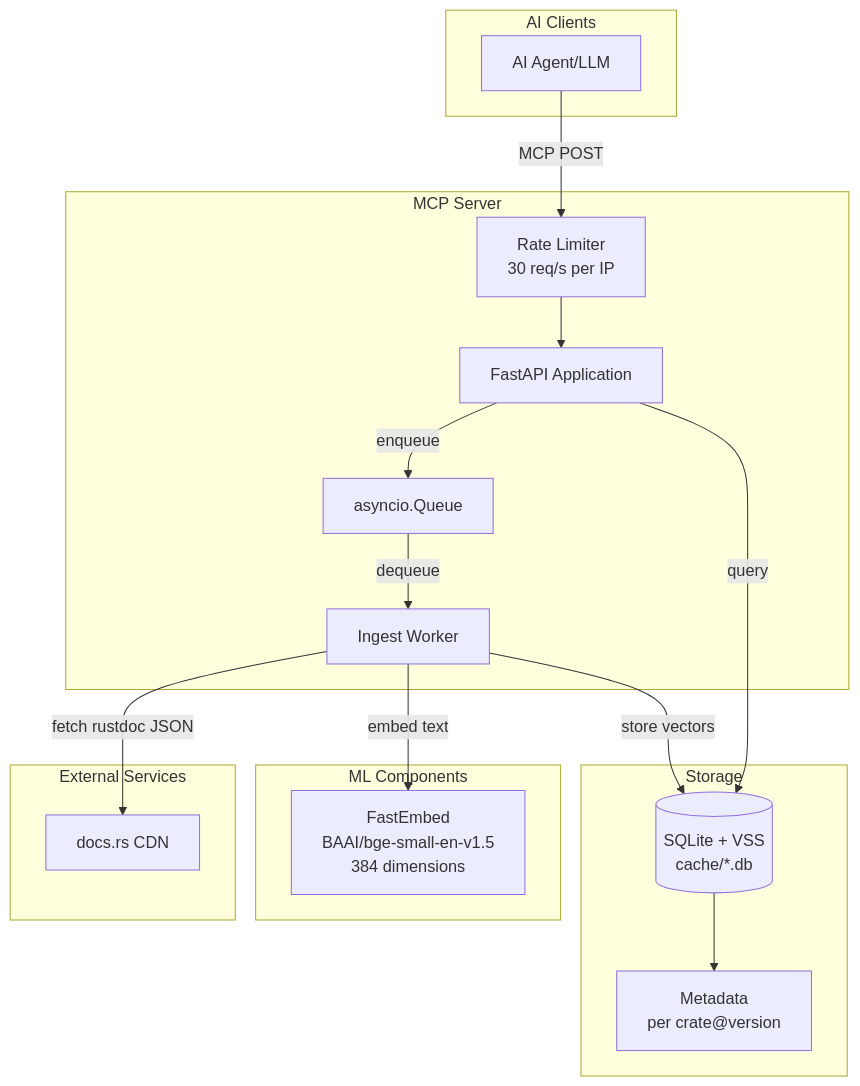
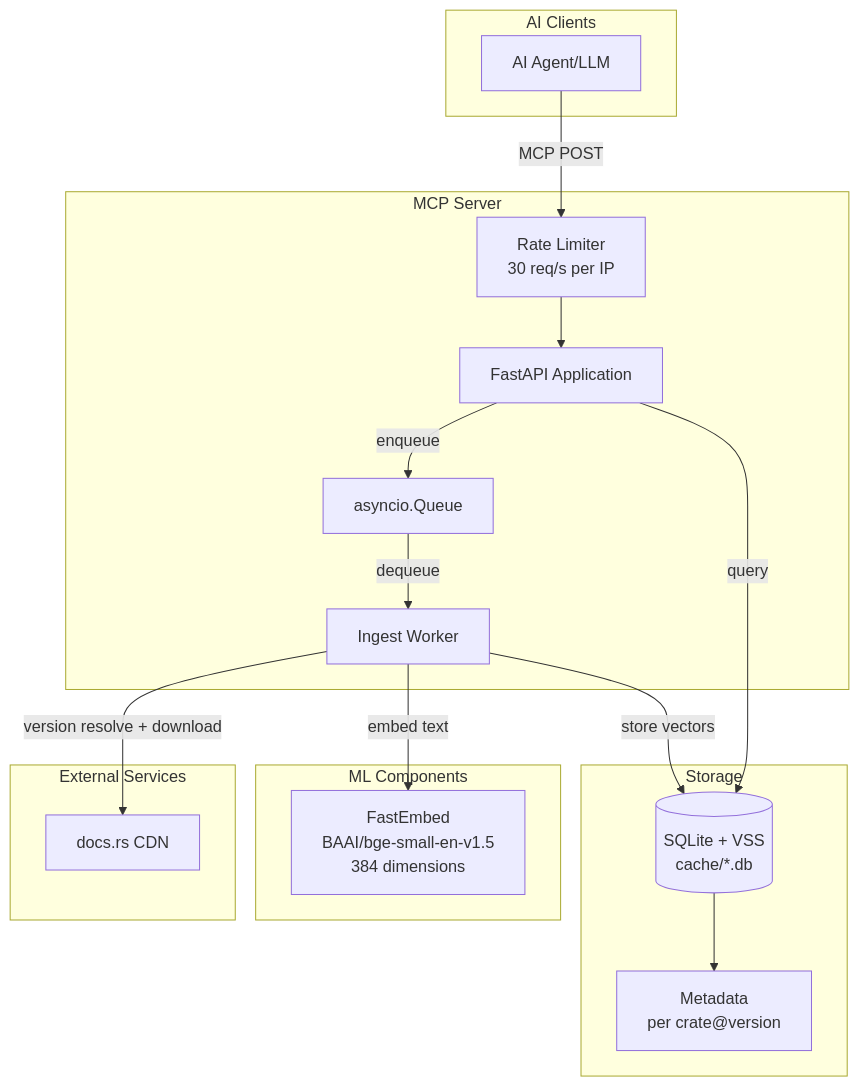
Before and after one commit to RimoVR/docsrs-mcp: the first of 9 diagrams in Architecture.md, drawn with Mermaid. The commit also changed other lines of this file and 22 other files, not shown here.

First line of the commit message:
feat: Complete ingestion pipeline with rustdoc JSON support and comprehensive tests

````diff
--- a/Architecture.md
+++ b/Architecture.md
@@ -9,36 +9,36 @@
 ```mermaid
 graph TB
     subgraph "AI Clients"
         AI[AI Agent/LLM]
     end
     
     subgraph "MCP Server"
         API[FastAPI Application]
         RL[Rate Limiter<br/>30 req/s per IP]
         IW[Ingest Worker]
         Queue[asyncio.Queue]
     end
     
     subgraph "External Services"
         DOCS[docs.rs CDN]
     end
     
     subgraph "Storage"
         CACHE[(SQLite + VSS<br/>cache/*.db)]
         META[Metadata<br/>per crate@version]
     end
     
     subgraph "ML Components"
         EMB[FastEmbed<br/>BAAI/bge-small-en-v1.5<br/>384 dimensions]
     end
     
     AI -->|MCP POST| RL
     RL --> API
     API -->|enqueue| Queue
     Queue -->|dequeue| IW
-    IW -->|fetch rustdoc JSON| DOCS
+    IW -->|version resolve + download| DOCS
     IW -->|embed text| EMB
     IW -->|store vectors| CACHE
     API -->|query| CACHE
     CACHE --> META
 ```
````
